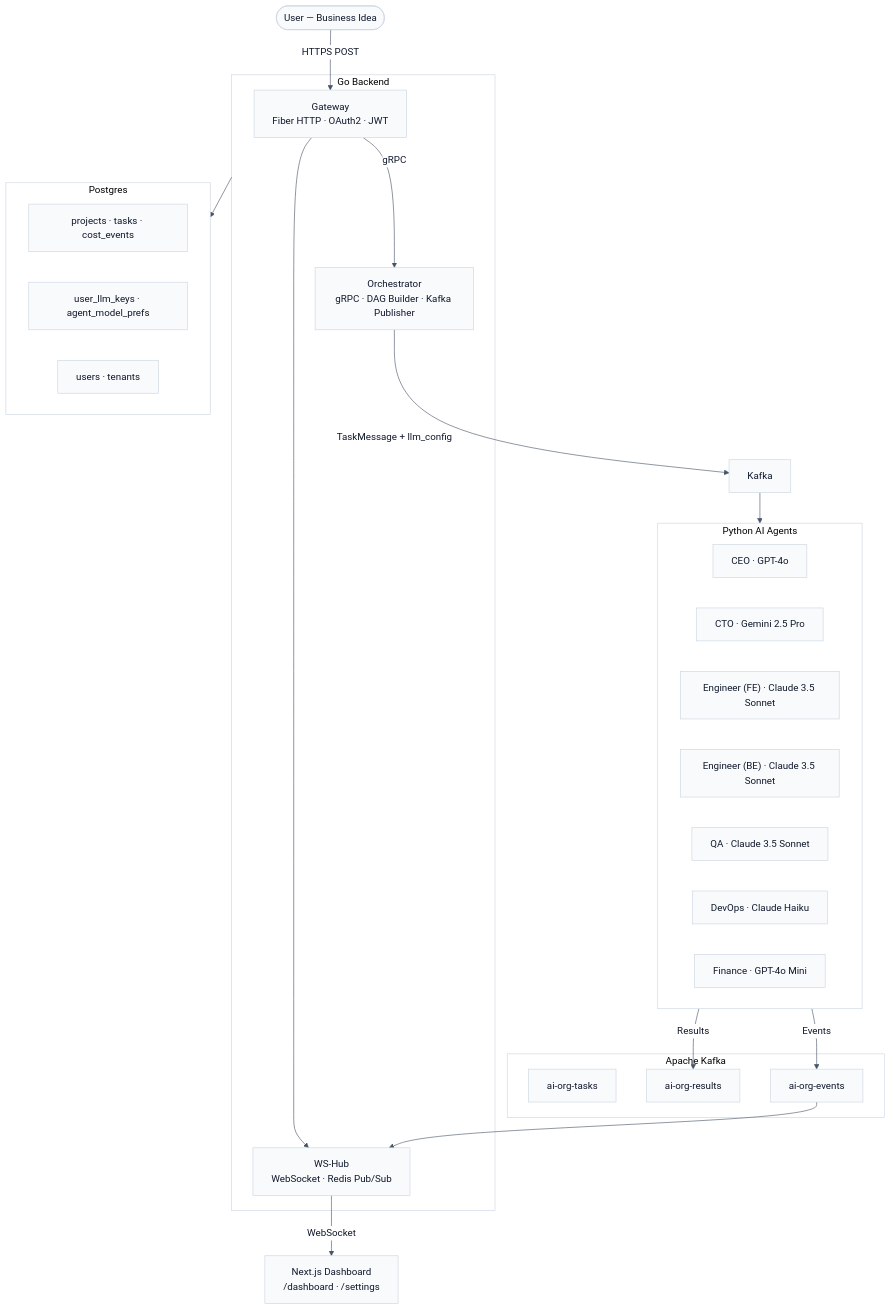
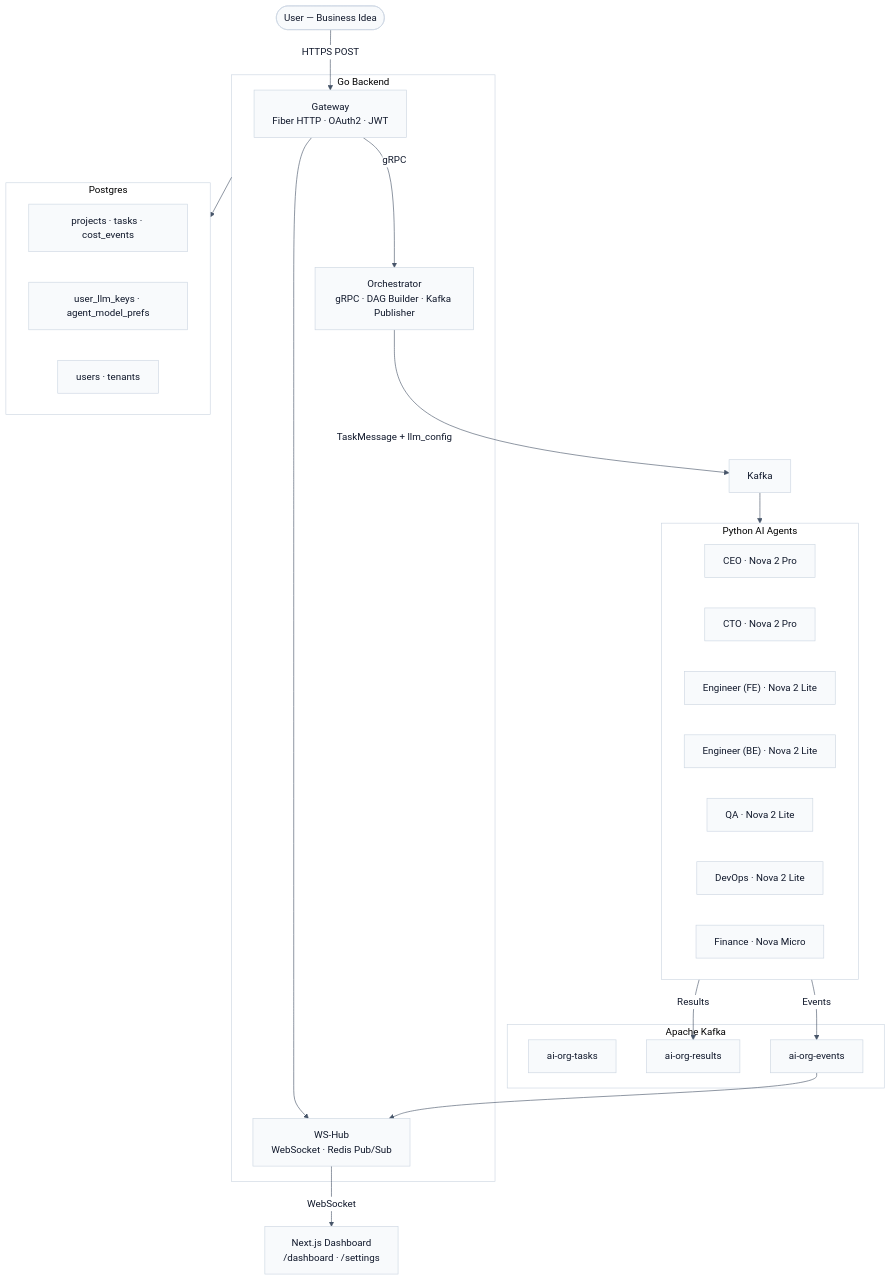
One commit to ArshVermaGit/Autonomous-Multi-Agent-AI-Organization changed the diagram in README.md. Above: the diagram before and after it, drawn with Mermaid. The commit also changed other lines of this file and 12 other files, not shown here.

````diff
--- a/README.md
+++ b/README.md
@@ -35,46 +35,46 @@
 ```mermaid
 %%{init: {'theme': 'base', 'themeVariables': { 'background': '#ffffff', 'primaryColor': '#f8fafc', 'primaryBorderColor': '#cbd5e1', 'primaryTextColor': '#0f172a', 'lineColor': '#475569', 'clusterBkg': '#ffffff', 'clusterBorder': '#cbd5e1', 'edgeLabelBackground': '#ffffff'}}}%%
 flowchart TB
     User(["User — Business Idea"]) -->|"HTTPS POST"| GW
 
     subgraph GoBackend ["Go Backend"]
         GW["Gateway\nFiber HTTP · OAuth2 · JWT"]
         Orch["Orchestrator\ngRPC · DAG Builder · Kafka Publisher"]
         WS["WS-Hub\nWebSocket · Redis Pub/Sub"]
         GW -->|"gRPC"| Orch
         GW --> WS
     end
 
     Orch -->|"TaskMessage + llm_config"| Kafka
 
     subgraph EventBus ["Apache Kafka"]
         T["ai-org-tasks"]
         R["ai-org-results"]
         E["ai-org-events"]
     end
 
     Kafka --> Agents
 
     subgraph Agents ["Python AI Agents"]
-        CEO["CEO · GPT-4o"]
-        CTO["CTO · Gemini 2.5 Pro"]
-        ENG_FE["Engineer (FE) · Claude 3.5 Sonnet"]
-        ENG_BE["Engineer (BE) · Claude 3.5 Sonnet"]
-        QA["QA · Claude 3.5 Sonnet"]
-        OPS["DevOps · Claude Haiku"]
-        FIN["Finance · GPT-4o Mini"]
+        CEO["CEO · Nova 2 Pro"]
+        CTO["CTO · Nova 2 Pro"]
+        ENG_FE["Engineer (FE) · Nova 2 Lite"]
+        ENG_BE["Engineer (BE) · Nova 2 Lite"]
+        QA["QA · Nova 2 Lite"]
+        OPS["DevOps · Nova 2 Lite"]
+        FIN["Finance · Nova Micro"]
     end
 
     Agents -->|"Results"| R
     Agents -->|"Events"| E
     E --> WS
 
     subgraph DB ["Postgres"]
         P1["projects · tasks · cost_events"]
         P2["user_llm_keys · agent_model_prefs"]
         P3["users · tenants"]
     end
 
     GoBackend --> DB
     WS -->|"WebSocket"| Dash["Next.js Dashboard\n/dashboard · /settings"]
 ```
````
